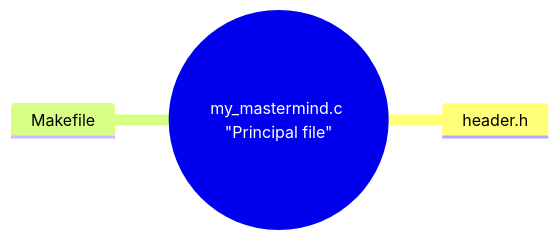
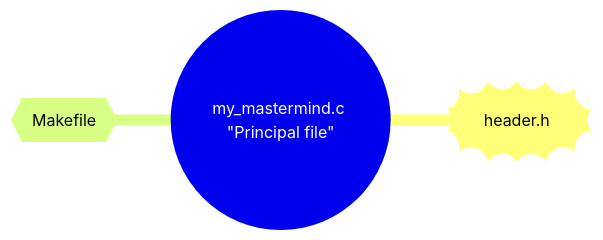
The diagram in B1_(2026-2027)/B1_Evaluations/My_Mastermind/README.md (EliasFCS/Colint-School), drawn with Mermaid before and after one commit.

Commit message:
Fix: SVG Badges Adjust

````diff
--- a/B1_(2026-2027)/B1_Evaluations/My_Mastermind/README.md
+++ b/B1_(2026-2027)/B1_Evaluations/My_Mastermind/README.md
@@ -608,6 +608,6 @@
 ```mermaid
 mindmap
   root((my_mastermind.c "Principal file"))
-    header.h
-    Makefile
+    ))header.h((
+    {{Makefile}}
 ```
````
